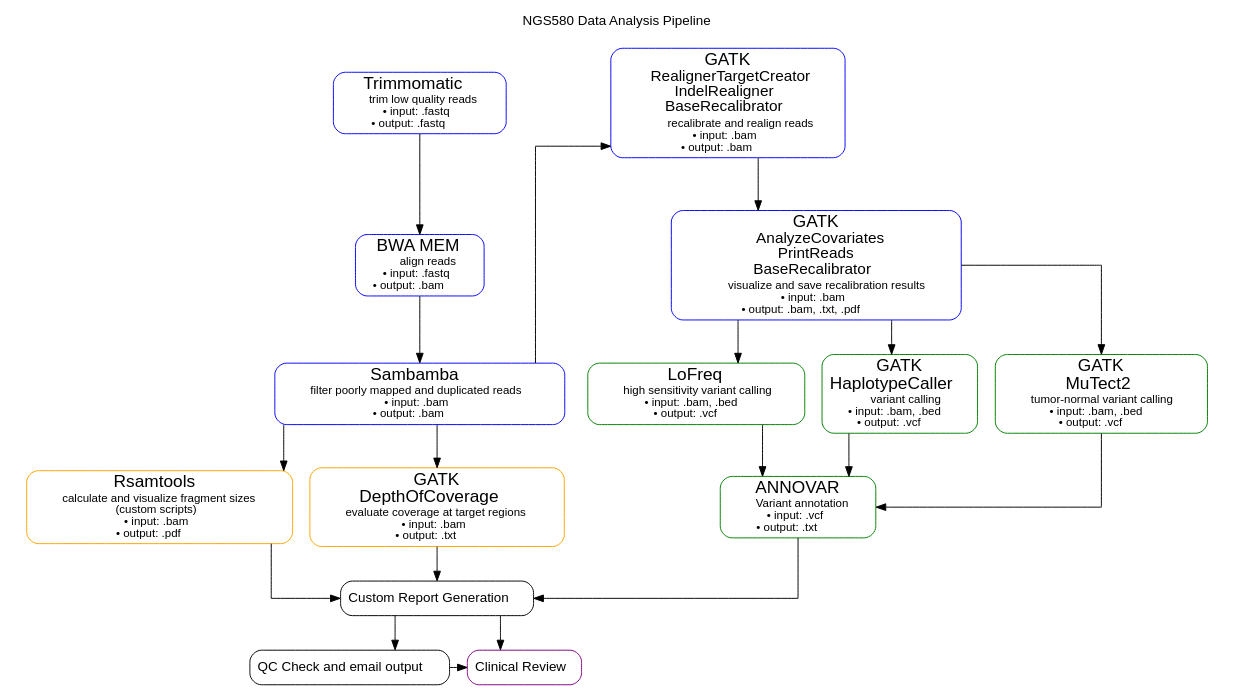
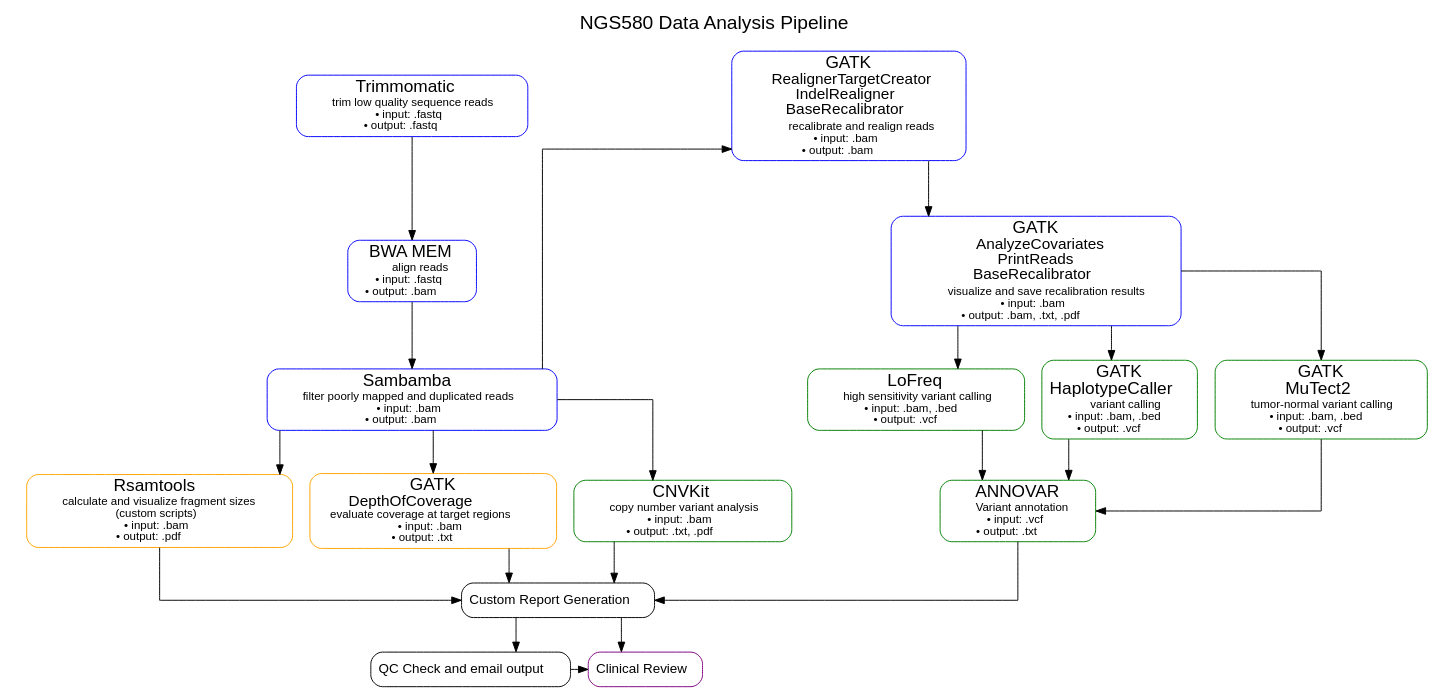
The diagram in pipline_workflow.dot (NYU-Molecular-Pathology/writeup), drawn with Graphviz before and after one commit. The commit also changed 1 other file, not shown here.

Commit message:
add CNVkit

```diff
--- a/pipline_workflow.dot
+++ b/pipline_workflow.dot
@@ -1,6 +1,7 @@
 digraph sns_pipeline {
 // overall graph label
-label="NGS580 Data Analysis Pipeline\n\n"
+// label="NGS580 Data Analysis Pipeline\n\n"
+label=<<FONT POINT-SIZE="20">NGS580 Data Analysis Pipeline</FONT><BR /><BR />>
 labelloc="t";
 
 graph [fontname = "helvetica"];
@@ -15,6 +16,7 @@
 GATK_DepthOfCoverage
 GATK_Realign
 GATK_Recalibrate
+CNV
 LoFreq
 GATK_HaplotypeCaller
 GATK_MuTect2
@@ -28,7 +30,7 @@
 Trimmomatic [
     label=<<FONT POINT-SIZE="18">Trimmomatic</FONT><BR />
     <FONT POINT-SIZE="12">
-    trim low quality reads<BR />
+    trim low quality sequence reads<BR />
     &#8226; input: .fastq<BR />
     &#8226; output: .fastq
     </FONT>>,
@@ -98,9 +100,12 @@
     ]
 
 GATK_DepthOfCoverage [
-    label=<<FONT POINT-SIZE="18">GATK<BR />DepthOfCoverage</FONT><BR />
+    label=<<FONT POINT-SIZE="18">GATK<BR /></FONT>
+    <FONT POINT-SIZE="16">
+    DepthOfCoverage
+    </FONT>
     <FONT POINT-SIZE="12">
-    evaluate coverage at target regions<BR />
+    <BR />evaluate coverage at target regions<BR />
     &#8226; input: .bam<BR />
     &#8226; output: .txt
     </FONT>>,
@@ -108,7 +113,7 @@
     ]
 
 
-// Variant Calling pipeline steps
+// Variant Calling & analysis steps
 LoFreq [
     label=<<FONT POINT-SIZE="18">LoFreq</FONT><BR />
     <FONT POINT-SIZE="12">
@@ -136,7 +141,18 @@
     &#8226; input: .bam, .bed<BR />
     &#8226; output: .vcf
     </FONT>>,
-    style=rounded, shape=box, color=Green]
+    style=rounded, shape=box, color=Green
+    ]
+
+CNV [
+    label=<<FONT POINT-SIZE="18">CNVKit</FONT><BR />
+    <FONT POINT-SIZE="12">
+    copy number variant analysis<BR />
+    &#8226; input: .bam<BR />
+    &#8226; output: .txt, .pdf
+    </FONT>>,
+    style=rounded, shape=box, color=Green
+]
 
 ANNOVAR [
     label=<<FONT POINT-SIZE="18">ANNOVAR</FONT><BR />
@@ -184,6 +200,9 @@
 
 {rank=same Trimmomatic GATK_Realign}
 
+Sambamba -> CNV
+CNV -> Reporting
+
 Sambamba -> GATK_Realign //[constraint=false]
 ANNOVAR -> Reporting
 
```
